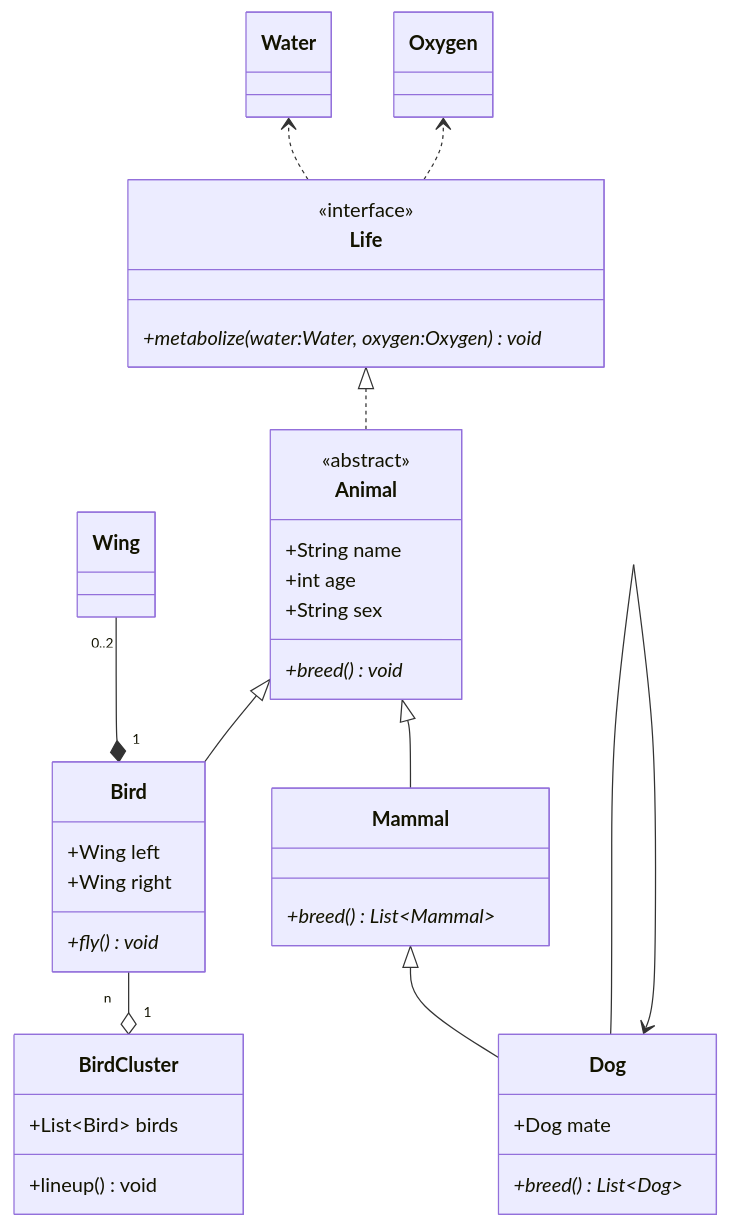
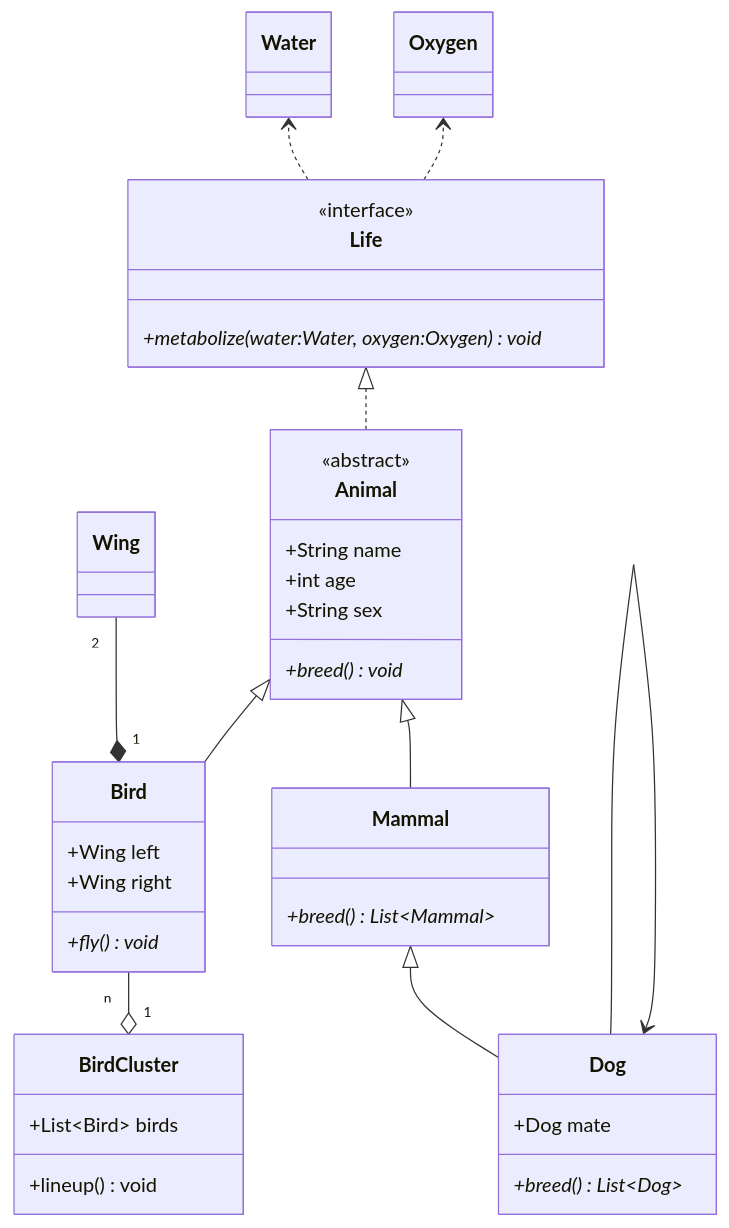
One commit to PasseRR/passerr.github.io changed diagram 20 of 20 in posts/2021/2021-12-11-mermaid-class-diagram.md. Above: the diagram before and after it, drawn with Mermaid. The commit also changed other lines of this file, not shown here.

Commit message:
类图修复

````diff
--- a/posts/2021/2021-12-11-mermaid-class-diagram.md
+++ b/posts/2021/2021-12-11-mermaid-class-diagram.md
@@ -499,57 +499,57 @@
 ```mermaid
 classDiagram
 direction BT
 %% 代谢基础水和氧气
 class Water
 class Oxygen
 %% 生命接口
 class Life {
     <<interface>>
     +metabolize(water:Water, oxygen:Oxygen)* void
 }
 Life ..> Water
 Life ..> Oxygen
 %% 动物
 class Animal {
     <<abstract>>
     +String name
     +int age
     +String sex
     
     +breed()* void
 }
 %% 实现生命接口
 Animal ..|> Life
 
 %% 哺乳动物继承动物
 class Mammal {
     +breed()* List~Mammal~
 }
 Mammal --|> Animal
 
 class Dog {
     +Dog mate
     +breed()* List~Dog~
 }
 Dog --|> Mammal
 Dog --> Dog
 
 %% 鸟类继承动物，并且鸟有0至2只翅膀
 class Wing
 class Bird {
     +Wing left
     +Wing right
     +fly()* void
 }
-Bird "1" *-- "0..2" Wing
+Bird "1" *-- "2" Wing
 Bird --|> Animal
 
 %% 鸟群
 class BirdCluster {
     +List~Bird~ birds
     
     +lineup() void
 }
 
 BirdCluster "1" o-- "n" Bird
 ```
````
